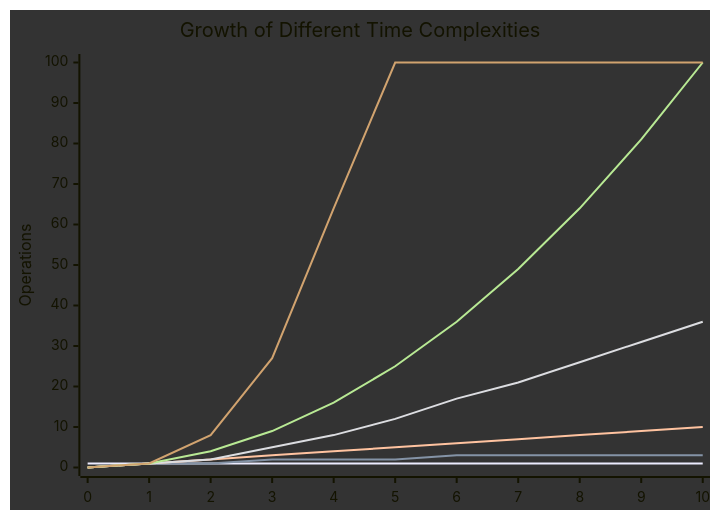
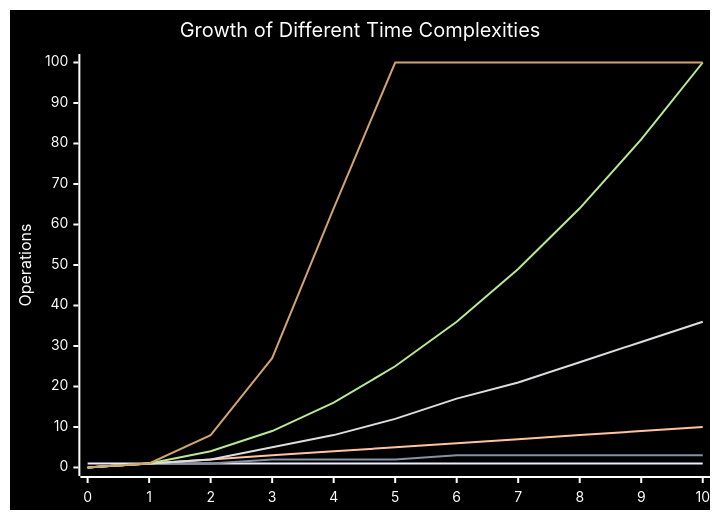
Before and after one commit to Cyberistic/Kuwait-University-Computer-Engineering-Masters-Prep-2025: the diagram in misc/Time Complexities & Recursion.md, drawn with Mermaid. The commit also changed 1 other file, not shown here.

Commit message:
vault backup: 2025-04-09 21:25:53
Affected files:
.DS_Store
Kuwait University Masters Prep

````diff
--- a/misc/Time Complexities & Recursion.md
+++ b/misc/Time Complexities & Recursion.md
@@ -7,13 +7,13 @@
 ```mermaid
-%%{init: { "themeVariables": {"xyChart": {"backgroundColor": "#FFFFF", "color": "#000000"} } }}%%
+%%{init: { "themeVariables": { "xyChart": { "backgroundColor": "#000000", "titleColor": "#FFFFFF", "xAxisLabelColor": "#FFFFFF", "xAxisTitleColor": "#FFFFFF", "xAxisTickColor": "#FFFFFF", "xAxisLineColor": "#FFFFFF", "yAxisLabelColor": "#FFFFFF", "yAxisTitleColor": "#FFFFFF", "yAxisTickColor": "#FFFFFF", "yAxisLineColor": "#FFFFFF" } } }}%%
 xychart-beta
     title "Growth of Different Time Complexities"
     x-axis [0, 1, 2, 3, 4, 5, 6, 7, 8, 9, 10]
     y-axis "Operations" 0 --> 100
     line [1, 1, 1, 1, 1, 1, 1, 1, 1, 1, 1]
     line [0, 1, 1, 2, 2, 2, 3, 3, 3, 3, 3]
     line [0, 1, 2, 3, 4, 5, 6, 7, 8, 9, 10]
     line [0, 1, 2, 5, 8, 12, 17, 21, 26, 31, 36]
-    line [0, 1, 4, 9, 16, 25, 36, 49, 64, 81, 100]
+    line "hi" [0, 1, 4, 9, 16, 25, 36, 49, 64, 81, 100]
     line [0, 1, 8, 27, 64, 100, 100, 100, 100, 100, 100]
 ```
````
